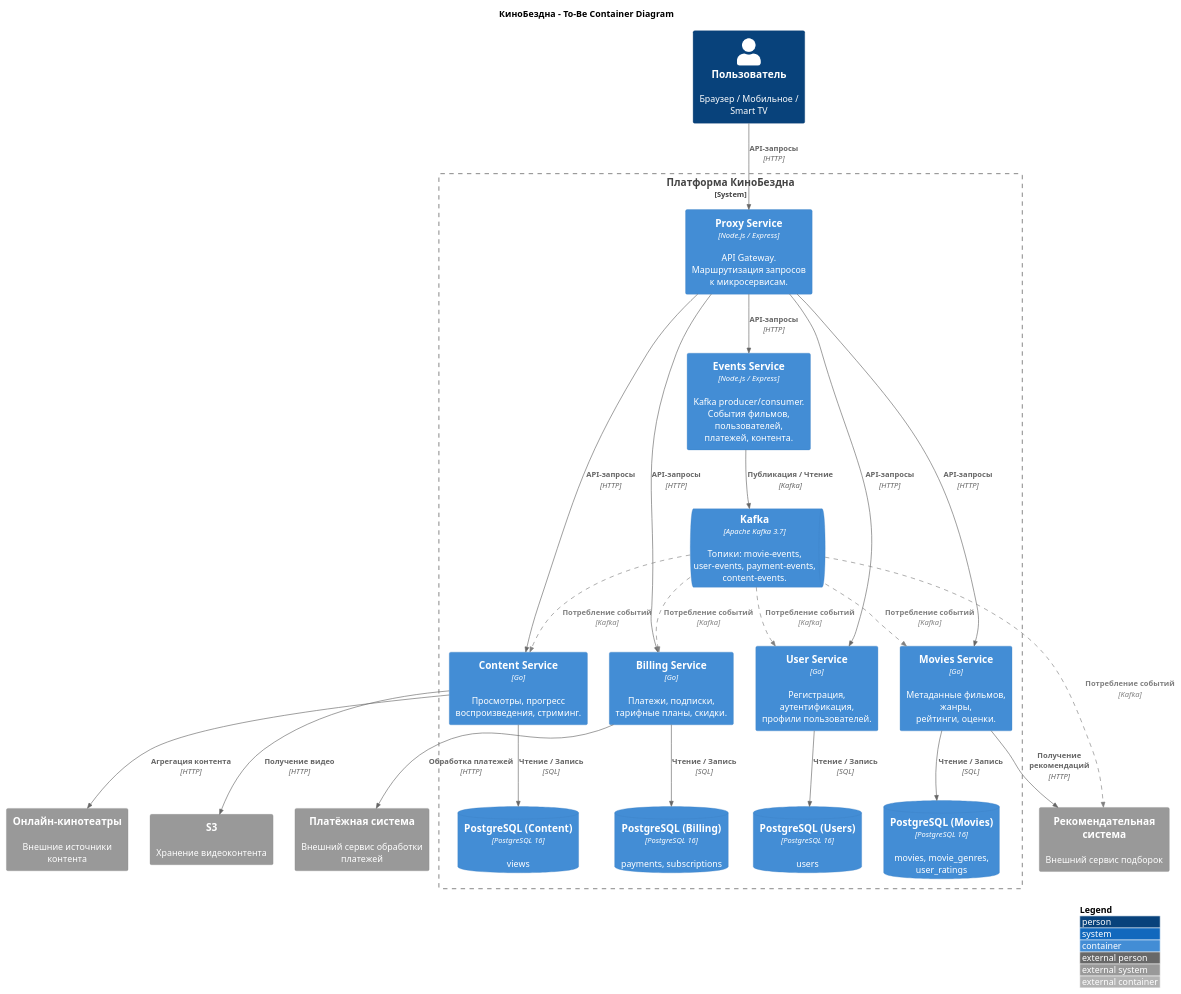
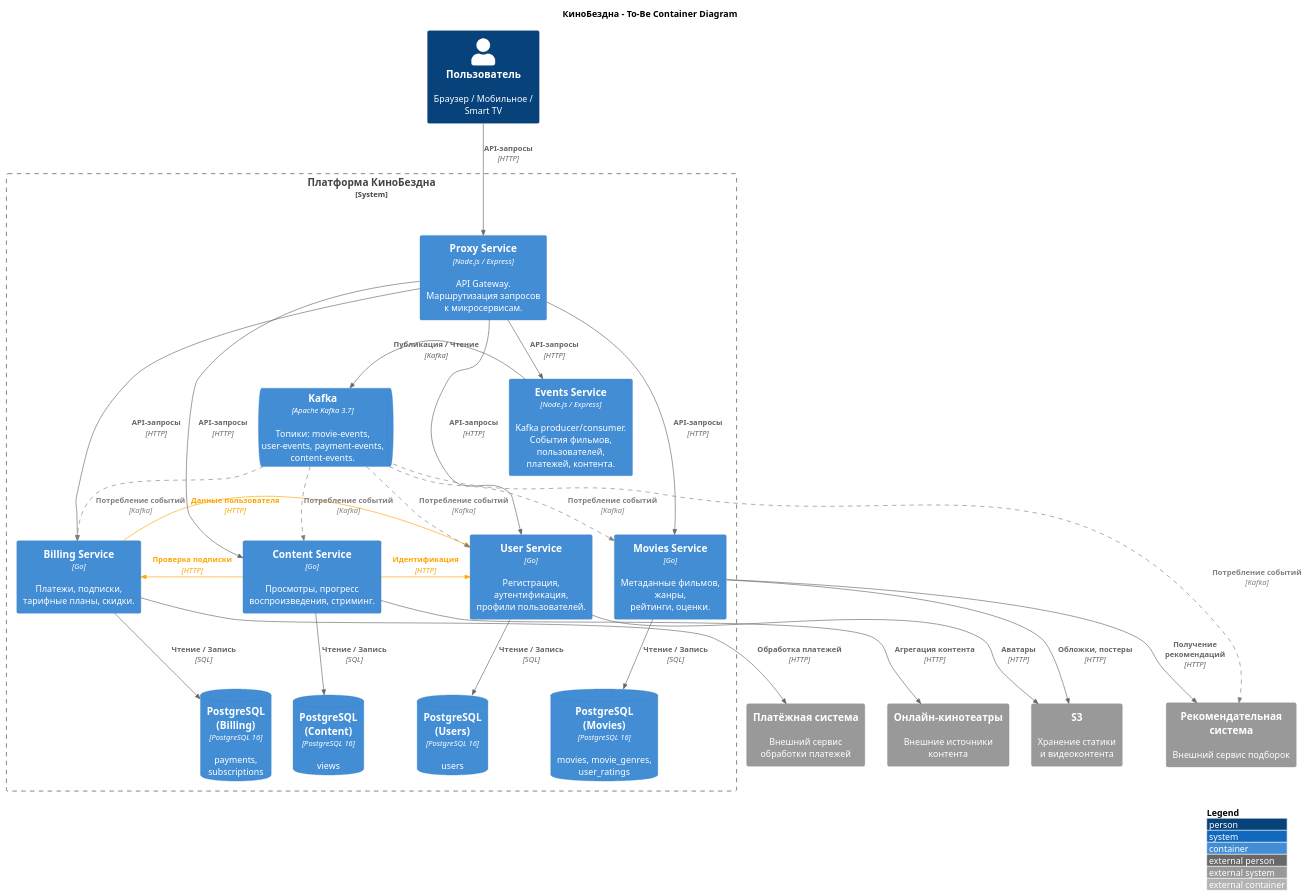
The diagram in docs/c4-container-diagram.puml (SiritosKon/architecture-cinemaabyss), drawn with PlantUML before and after one commit. The commit also changed 2 other files, not shown here.

Commit message:
feat: add S3/cinemas links, inter-service dependencies, improve layout
- S3 connected to Movies (posters) and Users (avatars)
- Online cinemas connected to Content Service
- Inter-service deps shown in orange: Content→Billing (subscription check),
  Billing→Users (user data), Content→Users (auth)
- Services aligned in a row with Lay_R hints
- Added inter-service dependencies section to Project_template.md

```diff
--- a/docs/c4-container-diagram.puml
+++ b/docs/c4-container-diagram.puml
@@ -1,62 +1,85 @@
 @startuml c4-container-diagram
 !include https://raw.githubusercontent.com/plantuml-stdlib/C4-PlantUML/master/C4_Container.puml
 
 LAYOUT_WITH_LEGEND()
 LAYOUT_TOP_DOWN()
 
 AddRelTag("future", $lineStyle = DashedLine(), $lineColor = "gray", $textColor = "gray")
+AddRelTag("interservice", $lineColor = "orange", $textColor = "orange")
 
 title КиноБездна - To-Be Container Diagram
 
 Person(user, "Пользователь", "Браузер / Мобильное / Smart TV")
 
-System_Ext(payment, "Платёжная система", "Внешний сервис обработки платежей")
+System_Ext(payment, "Платёжная система", "Внешний сервис\nобработки платежей")
 System_Ext(recsys, "Рекомендательная система", "Внешний сервис подборок")
 System_Ext(cinemas, "Онлайн-кинотеатры", "Внешние источники контента")
-System_Ext(s3, "S3", "Хранение видеоконтента")
+System_Ext(s3, "S3", "Хранение статики\nи видеоконтента")
 
 System_Boundary(platform, "Платформа КиноБездна") {
 
     Container(proxy, "Proxy Service", "Node.js / Express", "API Gateway.\nМаршрутизация запросов\nк микросервисам.")
 
     Container(users_svc, "User Service", "Go", "Регистрация, аутентификация,\nпрофили пользователей.")
     Container(billing, "Billing Service", "Go", "Платежи, подписки,\nтарифные планы, скидки.")
+    Container(content, "Content Service", "Go", "Просмотры, прогресс\nвоспроизведения, стриминг.")
     Container(movies, "Movies Service", "Go", "Метаданные фильмов, жанры,\nрейтинги, оценки.")
-    Container(content, "Content Service", "Go", "Просмотры, прогресс\nвоспроизведения, стриминг.")
+
     Container(events, "Events Service", "Node.js / Express", "Kafka producer/consumer.\nСобытия фильмов, пользователей,\nплатежей, контента.")
+    ContainerQueue(kafka, "Kafka", "Apache Kafka 3.7", "Топики: movie-events,\nuser-events, payment-events,\ncontent-events.")
 
-    ContainerDb(postgres_users, "PostgreSQL (Users)", "PostgreSQL 16", "users")
-    ContainerDb(postgres_billing, "PostgreSQL (Billing)", "PostgreSQL 16", "payments, subscriptions")
-    ContainerDb(postgres_movies, "PostgreSQL (Movies)", "PostgreSQL 16", "movies, movie_genres,\nuser_ratings")
-    ContainerDb(postgres_content, "PostgreSQL (Content)", "PostgreSQL 16", "views")
-
-    ContainerQueue(kafka, "Kafka", "Apache Kafka 3.7", "Топики: movie-events,\nuser-events, payment-events,\ncontent-events.")
+    ContainerDb(postgres_users, "PostgreSQL\n(Users)", "PostgreSQL 16", "users")
+    ContainerDb(postgres_billing, "PostgreSQL\n(Billing)", "PostgreSQL 16", "payments,\nsubscriptions")
+    ContainerDb(postgres_content, "PostgreSQL\n(Content)", "PostgreSQL 16", "views")
+    ContainerDb(postgres_movies, "PostgreSQL\n(Movies)", "PostgreSQL 16", "movies, movie_genres,\nuser_ratings")
 }
 
+' Выравнивание сервисов в ряд
+Lay_R(users_svc, billing)
+Lay_R(billing, content)
+Lay_R(content, movies)
+
+' Выравнивание БД в ряд
+Lay_R(postgres_users, postgres_billing)
+Lay_R(postgres_billing, postgres_content)
+Lay_R(postgres_content, postgres_movies)
+
+' Пользователь → Proxy
 Rel_D(user, proxy, "API-запросы", "HTTP")
 
+' Proxy → сервисы
 Rel_D(proxy, users_svc, "API-запросы", "HTTP")
 Rel_D(proxy, billing, "API-запросы", "HTTP")
+Rel_D(proxy, content, "API-запросы", "HTTP")
 Rel_D(proxy, movies, "API-запросы", "HTTP")
-Rel_D(proxy, content, "API-запросы", "HTTP")
 Rel_D(proxy, events, "API-запросы", "HTTP")
 
+' Сервисы → свои БД
 Rel_D(users_svc, postgres_users, "Чтение / Запись", "SQL")
 Rel_D(billing, postgres_billing, "Чтение / Запись", "SQL")
+Rel_D(content, postgres_content, "Чтение / Запись", "SQL")
 Rel_D(movies, postgres_movies, "Чтение / Запись", "SQL")
-Rel_D(content, postgres_content, "Чтение / Запись", "SQL")
 
-Rel_D(events, kafka, "Публикация / Чтение", "Kafka")
+' Events → Kafka
+Rel_R(events, kafka, "Публикация / Чтение", "Kafka")
 
+' Внешние системы
 Rel(billing, payment, "Обработка платежей", "HTTP")
 Rel(movies, recsys, "Получение рекомендаций", "HTTP")
-Rel(content, s3, "Получение видео", "HTTP")
+Rel(movies, s3, "Обложки, постеры", "HTTP")
+Rel(users_svc, s3, "Аватары", "HTTP")
 Rel(content, cinemas, "Агрегация контента", "HTTP")
 
+' Межсервисные зависимости (оранжевые)
+Rel_L(content, billing, "Проверка подписки", "HTTP", $tags="interservice")
+Rel_L(billing, users_svc, "Данные пользователя", "HTTP", $tags="interservice")
+Rel_L(content, users_svc, "Идентификация", "HTTP", $tags="interservice")
+
+' Kafka → потребители (целевое)
 Rel(kafka, users_svc, "Потребление событий", "Kafka", $tags="future")
 Rel(kafka, billing, "Потребление событий", "Kafka", $tags="future")
 Rel(kafka, content, "Потребление событий", "Kafka", $tags="future")
 Rel(kafka, movies, "Потребление событий", "Kafka", $tags="future")
 Rel(kafka, recsys, "Потребление событий", "Kafka", $tags="future")
 
 @enduml
```
